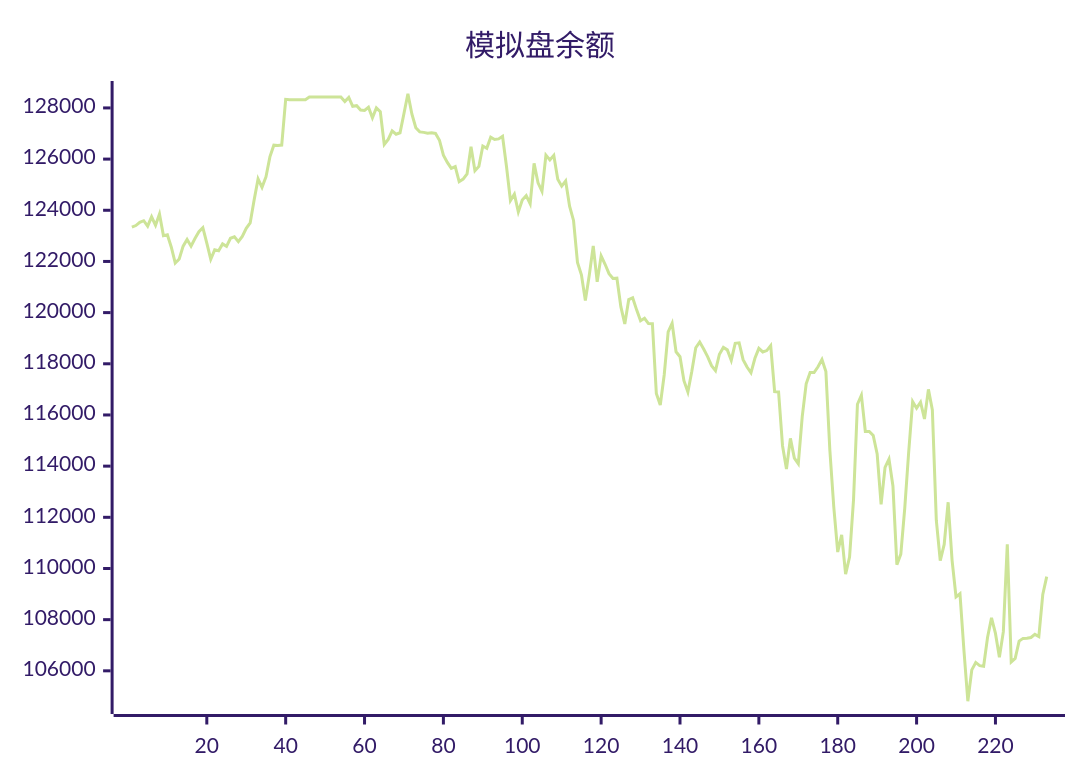
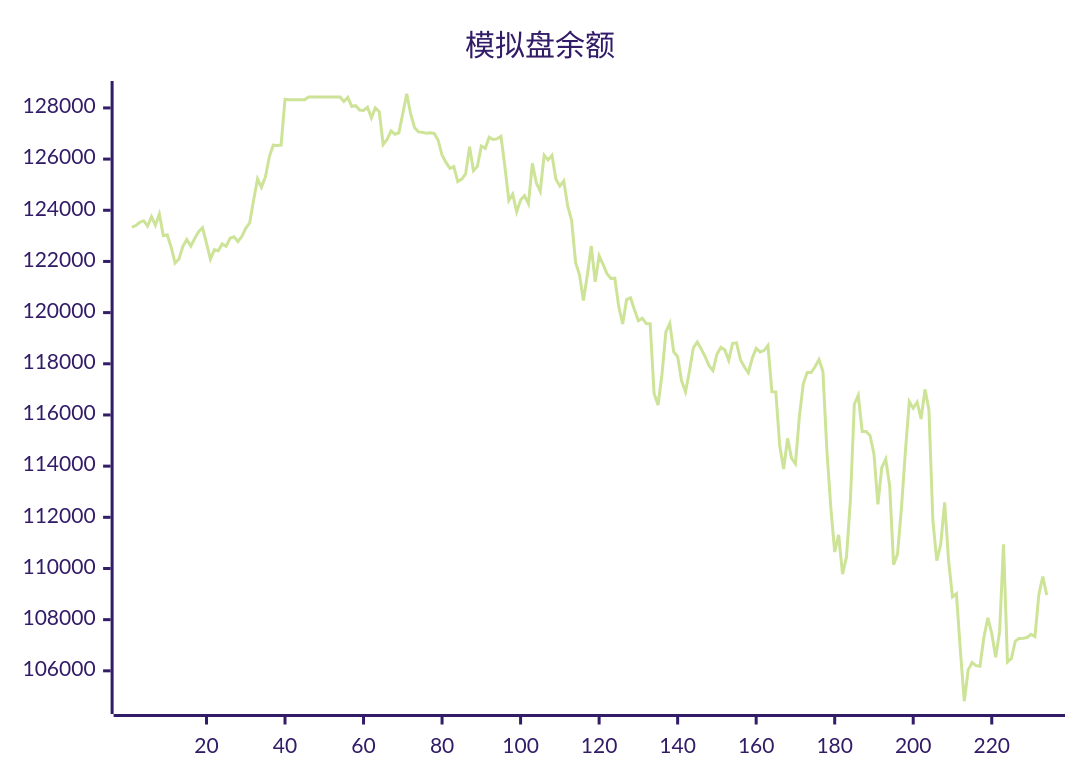
One commit to aahl/ai-trading changed the diagram in README.md. Above: the diagram before and after it, drawn with Mermaid (forest theme). The commit also changed other lines of this file and 1 other file, not shown here.

````diff
--- a/README.md
+++ b/README.md
@@ -5,5 +5,5 @@
 ```mermaid
 xychart
     title "模拟盘余额"
-    line [123338,123402,123530,123592,123378,123745,123413,123853,123009,123040,122557,121938,122095,122599,122856,122597,122898,123160,123319,122719,122087,122454,122416,122685,122592,122907,122961,122776,122981,123295,123507,124403,125224,124894,125303,126088,126544,126534,126549,128335,128318,128318,128318,128318,128318,128424,128424,128424,128424,128424,128424,128424,128424,128424,128247,128412,128062,128087,127917,127901,128026,127611,128000,127850,126572,126770,127100,126971,127029,127783,128554,127765,127224,127064,127044,127009,127025,127004,126738,126152,125871,125635,125707,125117,125217,125420,126480,125545,125715,126511,126424,126856,126764,126788,126890,125710,124381,124632,123936,124402,124574,124256,125833,125070,124739,126154,125966,126145,125213,124943,125143,124157,123604,121959,121476,120476,121470,122610,121201,122221,121889,121522,121332,121344,120232,119559,120513,120577,120108,119680,119777,119572,119568,116839,116392,117573,119250,119585,118469,118277,117338,116897,117706,118628,118849,118579,118280,117926,117735,118373,118639,118544,118136,118798,118819,118162,117874,117649,118215,118601,118463,118517,118713,116911,116899,114798,113887,115084,114313,114091,115934,117221,117658,117658,117883,118164,117693,114632,112403,110644,111313,109777,110444,112673,116419,116772,115355,115355,115198,114476,112510,113954,114276,113223,110151,110561,112361,114562,116522,116265,116500,115845,117000,116199,111887,110306,110942,112588,110318,108891,109011,106814,104811,106038,106327,106201,106180,107315,108068,107463,106528,107530,110941,106346,106482,107161,107268,107270,107302,107426,107340,108985,109681]
+    line [123338,123402,123530,123592,123378,123745,123413,123853,123009,123040,122557,121938,122095,122599,122856,122597,122898,123160,123319,122719,122087,122454,122416,122685,122592,122907,122961,122776,122981,123295,123507,124403,125224,124894,125303,126088,126544,126534,126549,128335,128318,128318,128318,128318,128318,128424,128424,128424,128424,128424,128424,128424,128424,128424,128247,128412,128062,128087,127917,127901,128026,127611,128000,127850,126572,126770,127100,126971,127029,127783,128554,127765,127224,127064,127044,127009,127025,127004,126738,126152,125871,125635,125707,125117,125217,125420,126480,125545,125715,126511,126424,126856,126764,126788,126890,125710,124381,124632,123936,124402,124574,124256,125833,125070,124739,126154,125966,126145,125213,124943,125143,124157,123604,121959,121476,120476,121470,122610,121201,122221,121889,121522,121332,121344,120232,119559,120513,120577,120108,119680,119777,119572,119568,116839,116392,117573,119250,119585,118469,118277,117338,116897,117706,118628,118849,118579,118280,117926,117735,118373,118639,118544,118136,118798,118819,118162,117874,117649,118215,118601,118463,118517,118713,116911,116899,114798,113887,115084,114313,114091,115934,117221,117658,117658,117883,118164,117693,114632,112403,110644,111313,109777,110444,112673,116419,116772,115355,115355,115198,114476,112510,113954,114276,113223,110151,110561,112361,114562,116522,116265,116500,115845,117000,116199,111887,110306,110942,112588,110318,108891,109011,106814,104811,106038,106327,106201,106180,107315,108068,107463,106528,107530,110941,106346,106482,107161,107268,107270,107302,107426,107340,108985,109681,108962]
 ```
````
